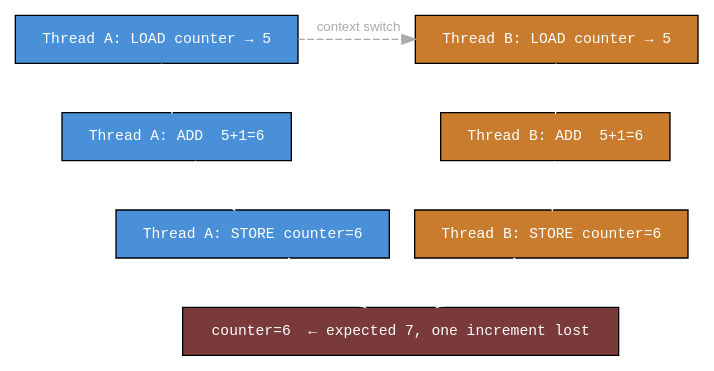
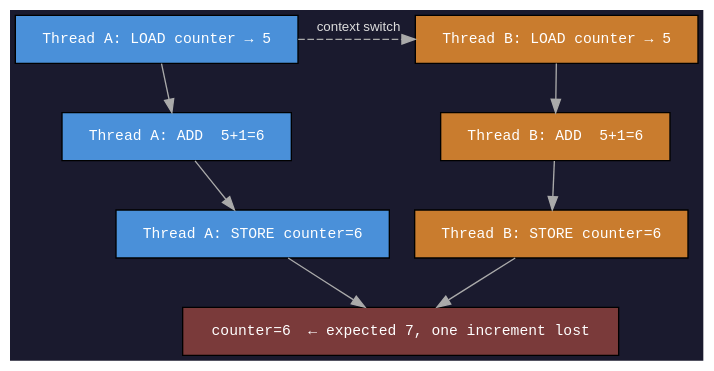
Before and after one commit to symentispl/java-concurrency-primer: the fourth of 6 diagrams in slides/src/main/slides/index.adoc, drawn with Graphviz. The commit also changed other lines of this file, not shown here.

First line of the commit message:
fix: fix graphviz arrow/label visibility and standardize diagram size across all 6 diagrams

```diff
--- a/slides/src/main/slides/index.adoc
+++ b/slides/src/main/slides/index.adoc
@@ -433,30 +436,31 @@
 [graphviz]
 ----
 digraph interleave {
     rankdir=TB
+    graph [bgcolor="#1a1a2e", size="18,9"]
     node [shape=rect, style=filled, fontname="monospace", fontsize=11, margin="0.25,0.15"]
-    edge [color=white, fontcolor="#cccccc", fontname="sans-serif", fontsize=10]
+    edge [color="#aaaaaa", fontcolor="#dddddd", fontname="sans-serif", fontsize=10]
 
     A1 [label="Thread A: LOAD counter → 5",  fillcolor="#4a90d9", fontcolor=white]
     A2 [label="Thread A: ADD  5+1=6",        fillcolor="#4a90d9", fontcolor=white]
     A3 [label="Thread A: STORE counter=6",   fillcolor="#4a90d9", fontcolor=white]
 
     B1 [label="Thread B: LOAD counter → 5",  fillcolor="#c97c2e", fontcolor=white]
     B2 [label="Thread B: ADD  5+1=6",        fillcolor="#c97c2e", fontcolor=white]
     B3 [label="Thread B: STORE counter=6",   fillcolor="#c97c2e", fontcolor=white]
 
     R  [label="counter=6  ← expected 7, one increment lost", fillcolor="#7a3a3a", fontcolor=white]
 
     A1 -> A2 -> A3
     B1 -> B2 -> B3
 
     { rank=same; A1; B1 }
     { rank=same; A2; B2 }
     { rank=same; A3; B3 }
 
-    A1 -> B1 [style=dashed, color="#aaaaaa", fontcolor="#aaaaaa", label="  context switch"]
+    A1 -> B1 [style=dashed, color="#aaaaaa", fontcolor="#dddddd", label="  context switch"]
 
     A3 -> R
     B3 -> R
 }
 ----
```
